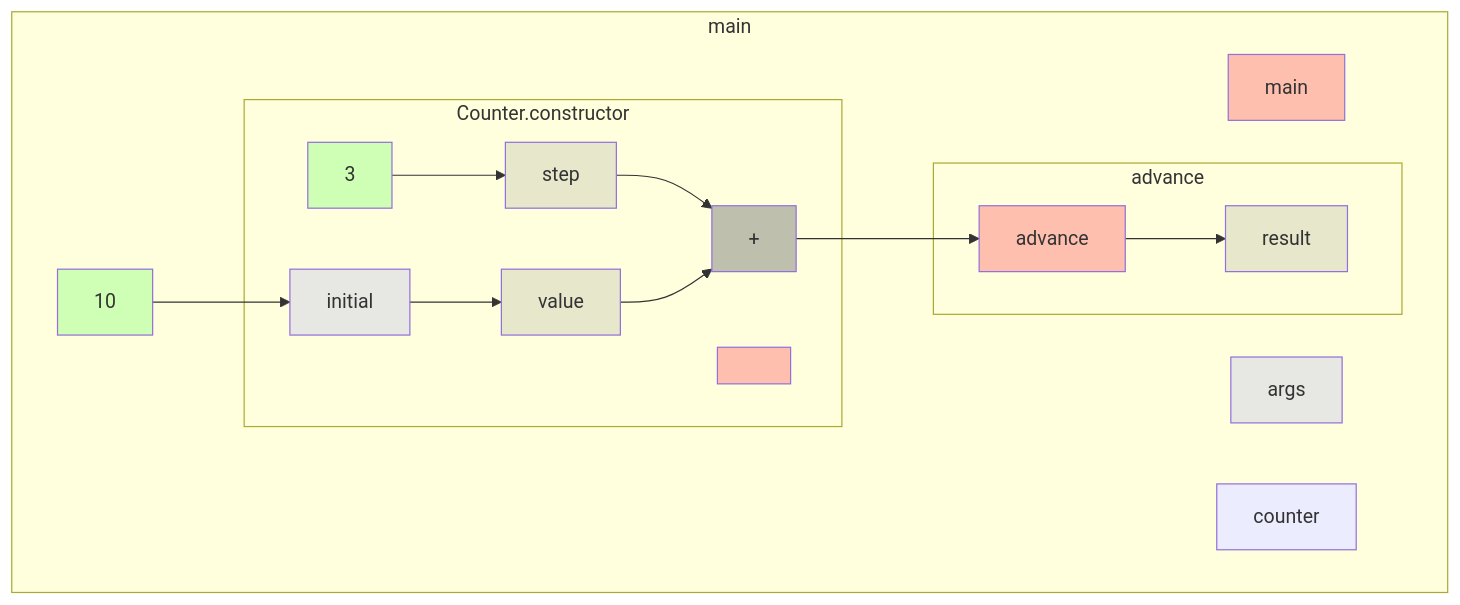
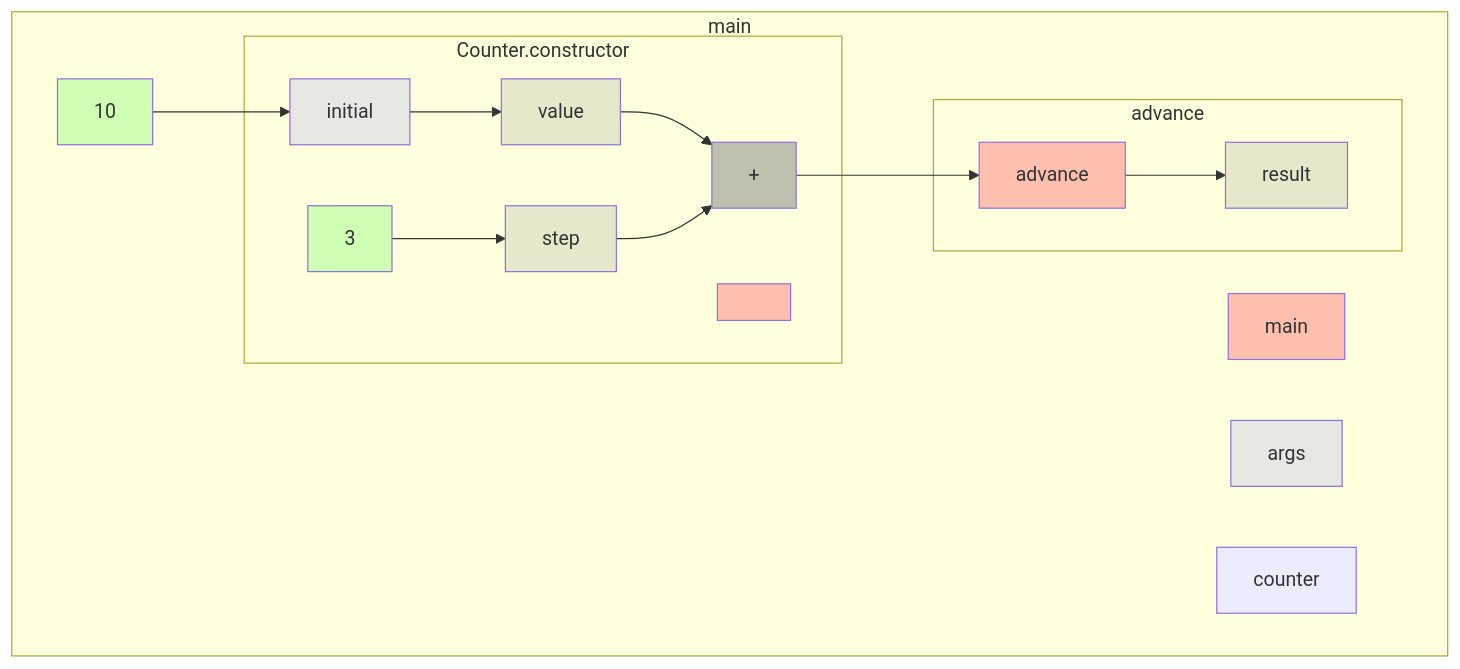
Before and after one commit to gstiebler/codeflow: the diagram in app/src/test/resources/implicitThis/truth.md, drawn with Mermaid. The commit also changed 22 other files, not shown here.

````diff
--- a/app/src/test/resources/implicitThis/truth.md
+++ b/app/src/test/resources/implicitThis/truth.md
@@ -1,34 +1,34 @@
 ```mermaid
 flowchart TD
-  subgraph 4309014["main"]
-    -16976734907[result]:::VARIABLE
-    -1091460147[10]:::LITERAL
-    -1040558433[args]:::FUNC_PARAM
-    56853577[main]:::RETURN
-    15191604726[counter]:::OBJ_VARIABLE
-    -1091460147[10]:::LITERAL --> 34579102621[initial]:::FUNC_PARAM
-    subgraph -1727213445["Counter.constructor"]
-      -1031319091[step]:::VARIABLE
-      812025538[value]:::VARIABLE
-      1457348510[3]:::LITERAL
-      29816195027[<init>]:::RETURN
-      34579102621[initial]:::FUNC_PARAM
-      -1031319091[step]:::VARIABLE --> -568050062[+]:::BIN_OP
-      812025538[value]:::VARIABLE --> -568050062[+]:::BIN_OP
-      1457348510[3]:::LITERAL --> -1031319091[step]:::VARIABLE
-      34579102621[initial]:::FUNC_PARAM --> 812025538[value]:::VARIABLE
+  subgraph b0["main"]
+    n1[main]:::RETURN
+    n2[args]:::FUNC_PARAM
+    n3[counter]:::OBJ_VARIABLE
+    n7[10]:::LITERAL
+    n11[result]:::VARIABLE
+    n7[10]:::LITERAL --> n6[initial]:::FUNC_PARAM
+    subgraph b4["Counter.constructor"]
+      n5[<init>]:::RETURN
+      n6[initial]:::FUNC_PARAM
+      n8[value]:::VARIABLE
+      n9[step]:::VARIABLE
+      n10[3]:::LITERAL
+      n6[initial]:::FUNC_PARAM --> n8[value]:::VARIABLE
+      n8[value]:::VARIABLE --> n14[+]:::BIN_OP
+      n9[step]:::VARIABLE --> n14[+]:::BIN_OP
+      n10[3]:::LITERAL --> n9[step]:::VARIABLE
     end
-    subgraph -1726037844["advance"]
-      -20328117504[advance]:::RETURN
-      -568050062[+]:::BIN_OP
-      -20328117504[advance]:::RETURN --> -16976734907[result]:::VARIABLE
-      -568050062[+]:::BIN_OP --> -20328117504[advance]:::RETURN
+    subgraph b12["advance"]
+      n13[advance]:::RETURN
+      n14[+]:::BIN_OP
+      n13[advance]:::RETURN --> n11[result]:::VARIABLE
+      n14[+]:::BIN_OP --> n13[advance]:::RETURN
     end
   end
   classDef LITERAL fill:#00FF0030
   classDef VARIABLE fill:#80808030
   classDef BIN_OP fill:#80808080
   classDef FUNC_PARAM fill:#8080FF30
   classDef RETURN fill:#FF808080
   classDef EXTERNAL fill:#FFA50040
 ```
````
